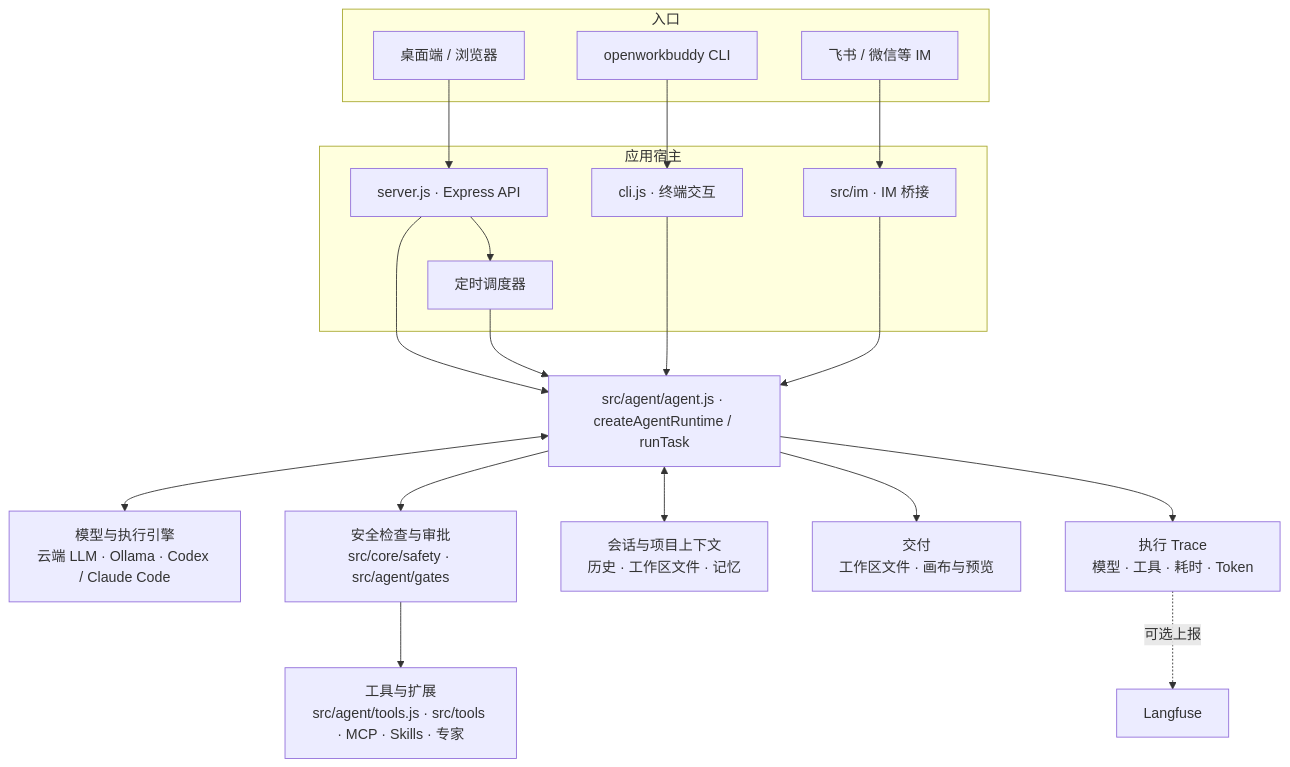
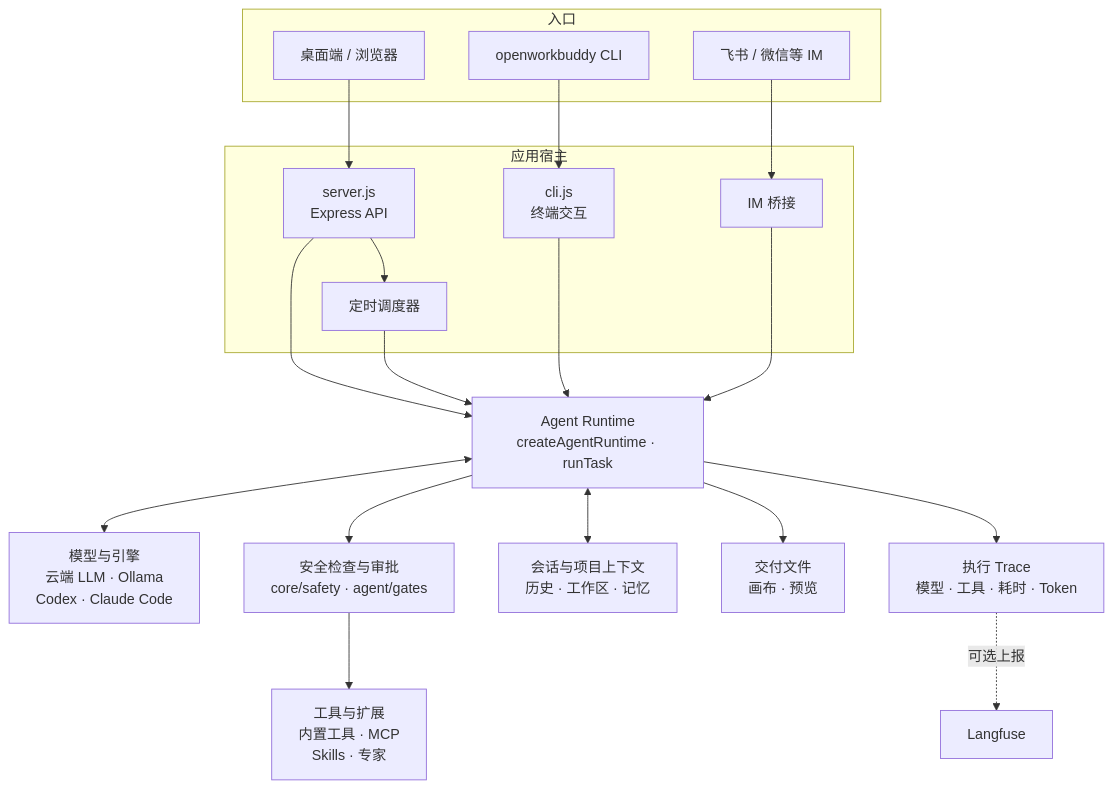
The diagram in README.md (BradPita/openworkbuddy), drawn with Mermaid before and after one commit. The commit also changed other lines of this file and 8 other files, not shown here.

Commit message:
Fix release checks and document runtime architecture

````diff
--- a/README.md
+++ b/README.md
@@ -251,32 +251,32 @@
 ```mermaid
 flowchart TB
  subgraph Clients["入口"]
  Desktop["桌面端 / 浏览器"]
  CLI["openworkbuddy CLI"]
  IM["飞书 / 微信等 IM"]
  end
 
  subgraph Hosts["应用宿主"]
- WebHost["server.js · Express API"]
- CliHost["cli.js · 终端交互"]
- ImHost["src/im · IM 桥接"]
+ WebHost["server.js<br/>Express API"]
+ CliHost["cli.js<br/>终端交互"]
+ ImHost["IM 桥接"]
  Schedule["定时调度器"]
  end
 
  Desktop --> WebHost
  CLI --> CliHost
  IM --> ImHost
- WebHost --> Runtime["src/agent/agent.js · createAgentRuntime / runTask"]
+ WebHost --> Runtime["Agent Runtime<br/>createAgentRuntime · runTask"]
  CliHost --> Runtime
  ImHost --> Runtime
  WebHost --> Schedule
  Schedule --> Runtime
 
- Runtime <--> Models["模型与执行引擎\n云端 LLM · Ollama · Codex / Claude Code"]
- Runtime --> Gates["安全检查与审批\nsrc/core/safety · src/agent/gates"]
- Gates --> Tools["工具与扩展\nsrc/agent/tools.js · src/tools · MCP · Skills · 专家"]
- Runtime <--> Context["会话与项目上下文\n历史 · 工作区文件 · 记忆"]
- Runtime --> Deliver["交付\n工作区文件 · 画布与预览"]
- Runtime --> Trace["执行 Trace\n模型 · 工具 · 耗时 · Token"]
+ Runtime <--> Models["模型与引擎<br/>云端 LLM · Ollama<br/>Codex · Claude Code"]
+ Runtime --> Gates["安全检查与审批<br/>core/safety · agent/gates"]
+ Gates --> Tools["工具与扩展<br/>内置工具 · MCP<br/>Skills · 专家"]
+ Runtime <--> Context["会话与项目上下文<br/>历史 · 工作区 · 记忆"]
+ Runtime --> Deliver["交付文件<br/>画布 · 预览"]
+ Runtime --> Trace["执行 Trace<br/>模型 · 工具 · 耗时 · Token"]
  Trace -. 可选上报 .-> Langfuse["Langfuse"]
 ```
````
